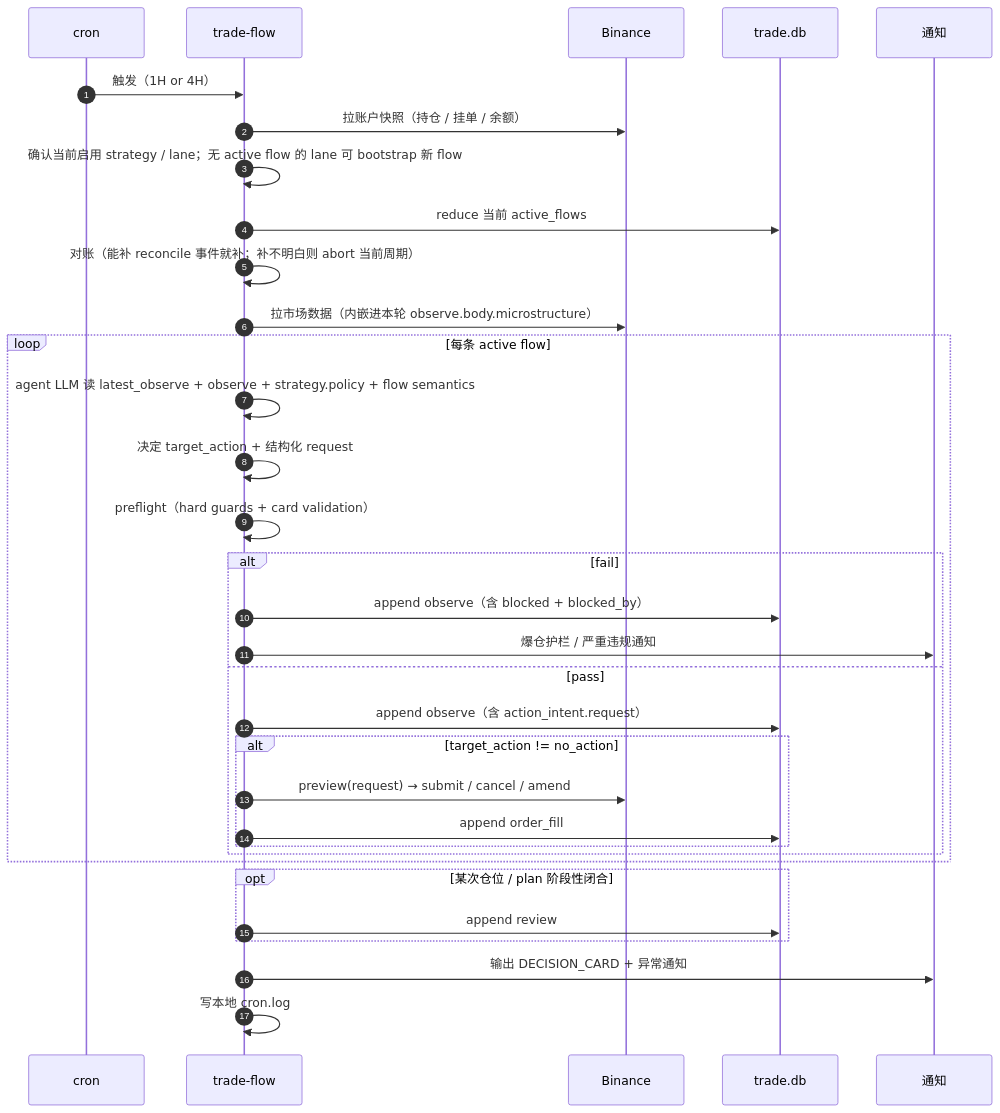
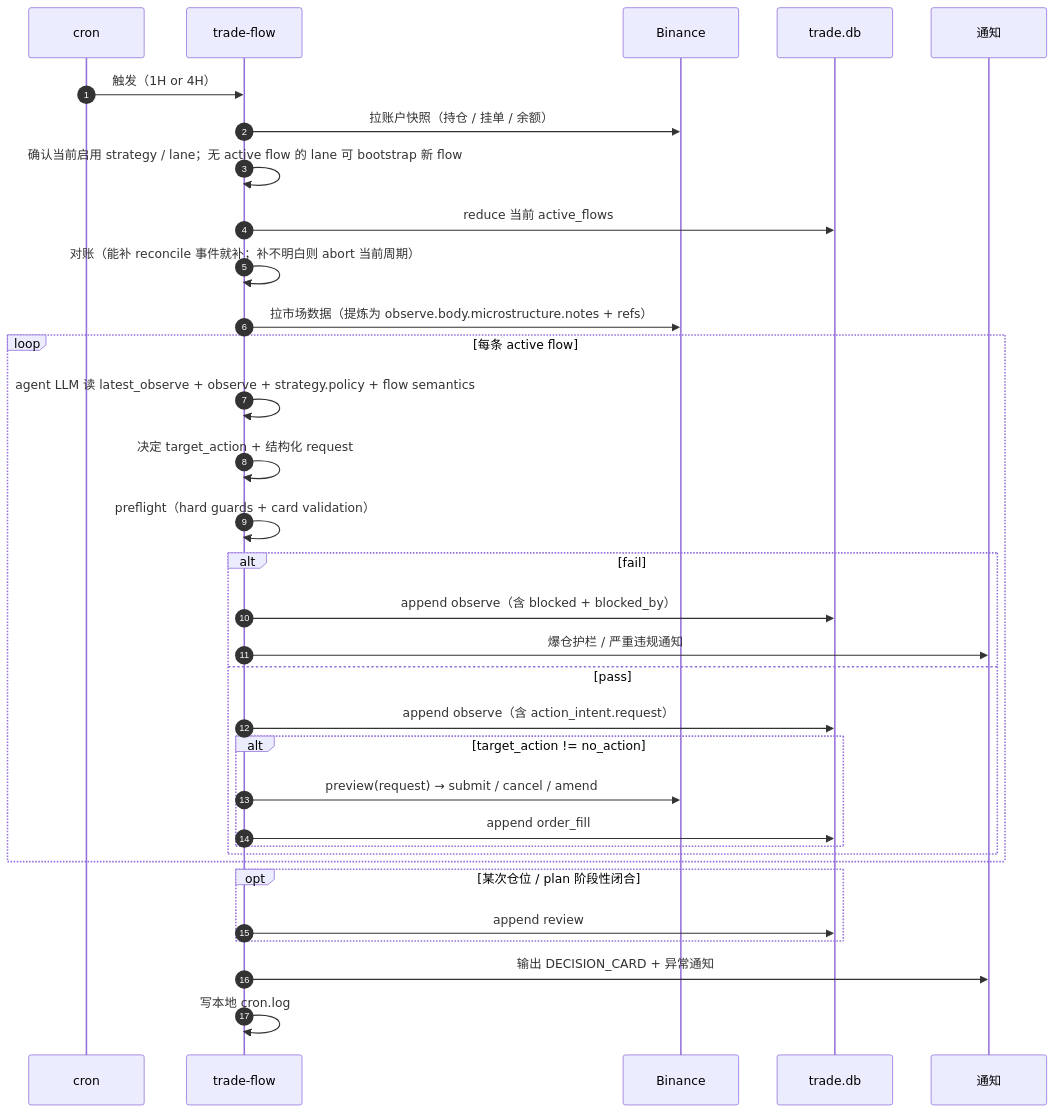
Before and after one commit to qOeOp/trade: the diagram in docs/design-architecture.md, drawn with Mermaid. The commit also changed other lines of this file and 5 other files, not shown here.

Commit message:
Tighten trade-flow preflight and execution gates

````diff
--- a/docs/design-architecture.md
+++ b/docs/design-architecture.md
@@ -342,39 +412,39 @@
 ```mermaid
 sequenceDiagram
     autonumber
     participant C as cron
     participant TF as trade-flow
     participant BN as Binance
     participant DB as trade.db
     participant N as 通知
 
     C->>TF: 触发（1H or 4H）
     TF->>BN: 拉账户快照（持仓 / 挂单 / 余额）
     TF->>TF: 确认当前启用 strategy / lane；无 active flow 的 lane 可 bootstrap 新 flow
     TF->>DB: reduce 当前 active_flows
     TF->>TF: 对账（能补 reconcile 事件就补；补不明白则 abort 当前周期）
-    TF->>BN: 拉市场数据（内嵌进本轮 observe.body.microstructure）
+    TF->>BN: 拉市场数据（提炼为 observe.body.microstructure.notes + refs）
 
     loop 每条 active flow
         TF->>TF: agent LLM 读 latest_observe + observe + strategy.policy + flow semantics
         TF->>TF: 决定 target_action + 结构化 request
         TF->>TF: preflight（hard guards + card validation）
         alt fail
             TF->>DB: append observe（含 blocked + blocked_by）
             TF->>N: 爆仓护栏 / 严重违规通知
         else pass
             TF->>DB: append observe（含 action_intent.request）
             alt target_action != no_action
                 TF->>BN: preview(request) → submit / cancel / amend
                 TF->>DB: append order_fill
             end
         end
     end
 
     opt 某次仓位 / plan 阶段性闭合
         TF->>DB: append review
     end
 
     TF->>N: 输出 DECISION_CARD + 异常通知
     TF->>TF: 写本地 cron.log
 ```
````
